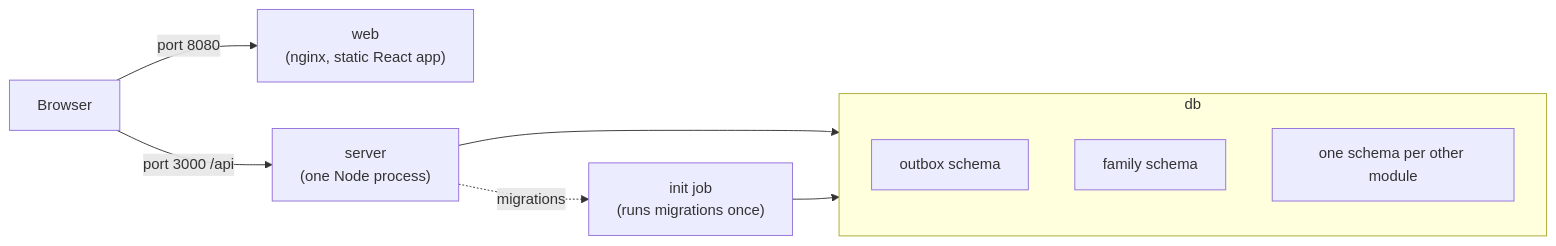
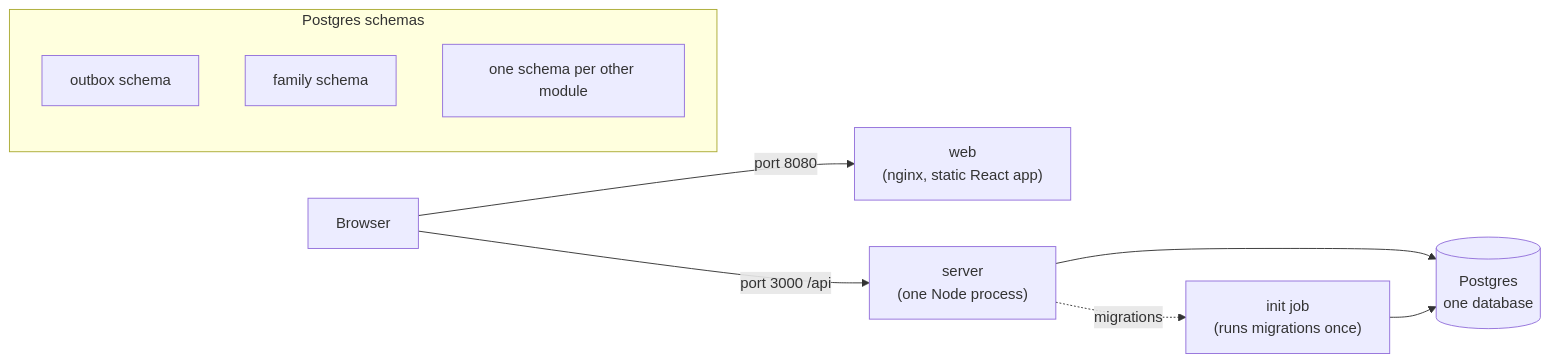
The diagram in docs/architecture/overview.md (Wadowski/off-grid), drawn with Mermaid before and after one commit. The commit also changed other lines of this file and 3 other files, not shown here.

Commit message:
docs: state sign-in gap, runtime-only offline claim and fix diagram and glossary (OG-43)

````diff
--- a/docs/architecture/overview.md
+++ b/docs/architecture/overview.md
@@ -15,13 +15,13 @@
 ```mermaid
 flowchart LR
   browser["Browser"] -->|"port 8080"| web["web<br/>(nginx, static React app)"]
   browser -->|"port 3000 /api"| server["server<br/>(one Node process)"]
   server --> db[("Postgres<br/>one database")]
-  subgraph db
+  subgraph dbgroup["Postgres schemas"]
     outbox["outbox schema"]
     family["family schema"]
     others["one schema per other module"]
   end
   server -. "migrations" .-> migrate["init job<br/>(runs migrations once)"]
   migrate --> db
 ```
````
